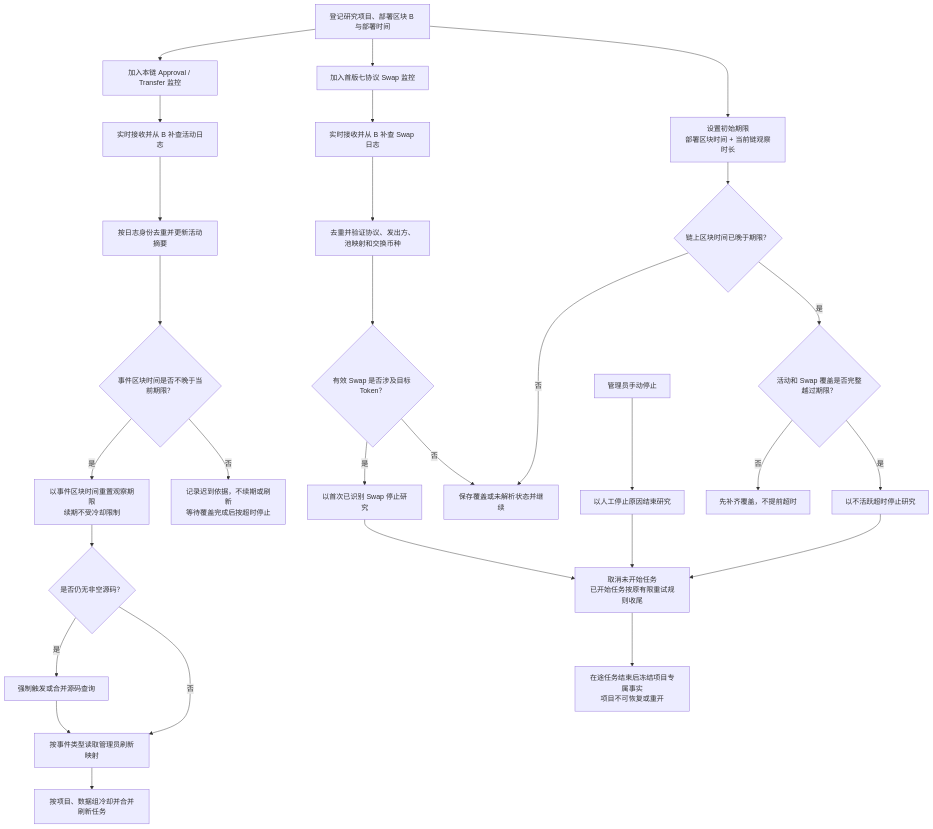
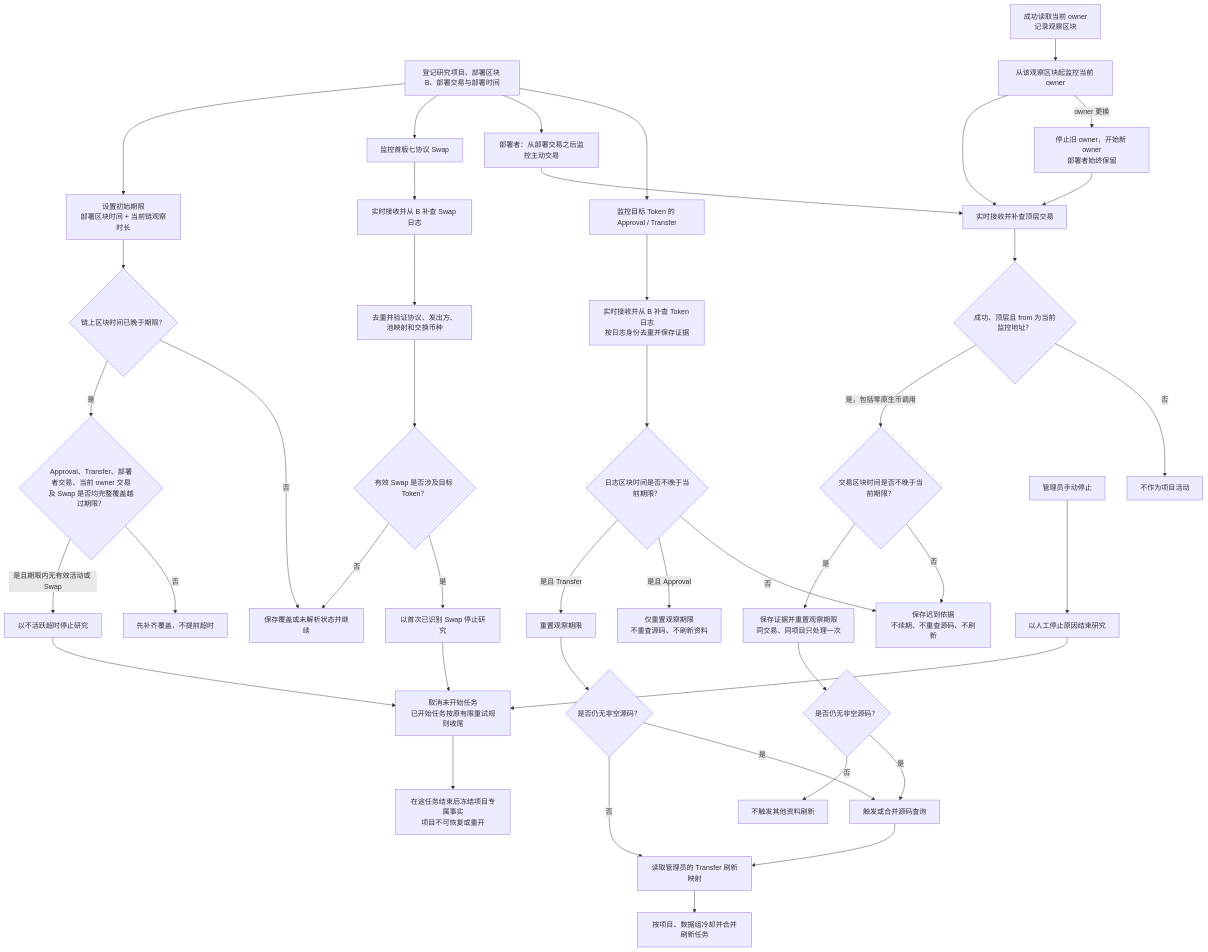
The diagram in docs/requirements/token/token-project-activity-flow.md (useryege/athena-o), drawn with Mermaid before and after one commit. The commit also changed other lines of this file and 69 other files, not shown here.

````diff
--- a/docs/requirements/token/token-project-activity-flow.md
+++ b/docs/requirements/token/token-project-activity-flow.md
@@ -23,35 +25,50 @@
 ```mermaid
 flowchart TD
-    project["登记研究项目、部署区块 B 与部署时间"] --> activityTarget["加入本链 Approval / Transfer 监控"]
-    project --> swapTarget["加入首版七协议 Swap 监控"]
+    project["登记研究项目、部署区块 B、部署交易与部署时间"] --> tokenTarget["监控目标 Token 的 Approval / Transfer"]
+    project --> walletTarget["部署者：从部署交易之后监控主动交易"]
+    project --> swapTarget["监控首版七协议 Swap"]
     project --> deadline["设置初始期限<br/>部署区块时间 + 当前链观察时长"]
 
-    activityTarget --> receiveActivity["实时接收并从 B 补查活动日志"]
-    receiveActivity --> dedupeActivity["按日志身份去重并更新活动摘要"]
-    dedupeActivity --> activityEligible{"事件区块时间是否不晚于当前期限？"}
-    activityEligible -->|是| renew["以事件区块时间重置观察期限<br/>续期不受冷却限制"]
-    activityEligible -->|否| late["记录迟到依据，不续期或刷新<br/>等待覆盖完成后按超时停止"]
-    renew --> source{"是否仍无非空源码？"}
-    source -->|是| fetch["强制触发或合并源码查询"]
-    source -->|否| configured["按事件类型读取管理员刷新映射"]
-    fetch --> configured
-    configured --> refresh["按项目、数据组冷却并合并刷新任务"]
+    tokenTarget --> tokenLog["实时接收并从 B 补查 Token 日志<br/>按日志身份去重并保存证据"]
+    tokenLog --> logEligible{"日志区块时间是否不晚于当前期限？"}
+    logEligible -->|否| late["保存迟到依据<br/>不续期、不重查源码、不刷新"]
+    logEligible -->|是且 Approval| approval["仅重置观察期限<br/>不重查源码、不刷新资料"]
+    logEligible -->|是且 Transfer| transfer["重置观察期限"]
+    transfer --> transferSource{"是否仍无非空源码？"}
+    transferSource -->|是| source["触发或合并源码查询"]
+    transferSource -->|否| transferConfig["读取管理员的 Transfer 刷新映射"]
+    source --> transferConfig
+    transferConfig --> refresh["按项目、数据组冷却并合并刷新任务"]
+
+    ownerRead["成功读取当前 owner<br/>记录观察区块"] --> ownerTarget["从该观察区块起监控当前 owner"]
+    ownerTarget -->|owner 更换| ownerChange["停止旧 owner，开始新 owner<br/>部署者始终保留"]
+    walletTarget --> walletTx["实时接收并补查顶层交易"]
+    ownerTarget --> walletTx
+    ownerChange --> walletTx
+    walletTx --> validTx{"成功、顶层且 from 为当前监控地址？"}
+    validTx -->|否| ignoreTx["不作为项目活动"]
+    validTx -->|是，包括零原生币调用| txEligible{"交易区块时间是否不晚于当前期限？"}
+    txEligible -->|否| late
+    txEligible -->|是| txRenew["保存证据并重置观察期限<br/>同交易、同项目只处理一次"]
+    txRenew --> txSource{"是否仍无非空源码？"}
+    txSource -->|是| source
+    txSource -->|否| noRefresh["不触发其他资料刷新"]
 
     swapTarget --> receiveSwap["实时接收并从 B 补查 Swap 日志"]
     receiveSwap --> verify["去重并验证协议、发出方、池映射和交换币种"]
     verify --> involved{"有效 Swap 是否涉及目标 Token？"}
     involved -->|是| stopSwap["以首次已识别 Swap 停止研究"]
     involved -->|否| continue["保存覆盖或未解析状态并继续"]
 
     deadline --> expiryCheck{"链上区块时间已晚于期限？"}
     expiryCheck -->|否| continue
-    expiryCheck -->|是| covered{"活动和 Swap 覆盖是否完整越过期限？"}
+    expiryCheck -->|是| covered{"Approval、Transfer、部署者交易、当前 owner 交易<br/>及 Swap 是否均完整覆盖越过期限？"}
     covered -->|否| catchup["先补齐覆盖，不提前超时"]
-    covered -->|是| stopTimeout["以不活跃超时停止研究"]
+    covered -->|是且期限内无有效活动或 Swap| stopTimeout["以不活跃超时停止研究"]
     admin["管理员手动停止"] --> stopManual["以人工停止原因结束研究"]
 
     stopSwap --> settle["取消未开始任务<br/>已开始任务按原有限重试规则收尾"]
     stopTimeout --> settle
     stopManual --> settle
     settle --> freeze["在途任务结束后冻结项目专属事实<br/>项目不可恢复或重开"]
 ```
````
